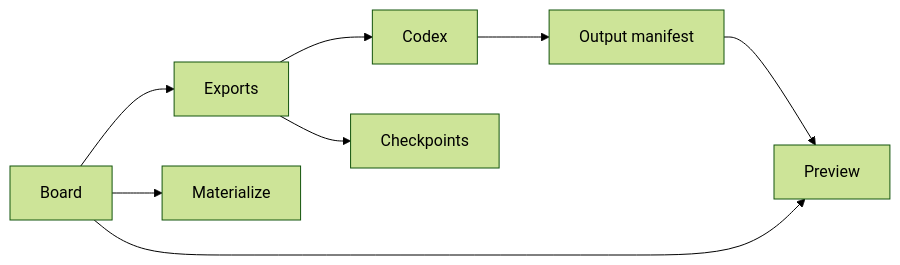
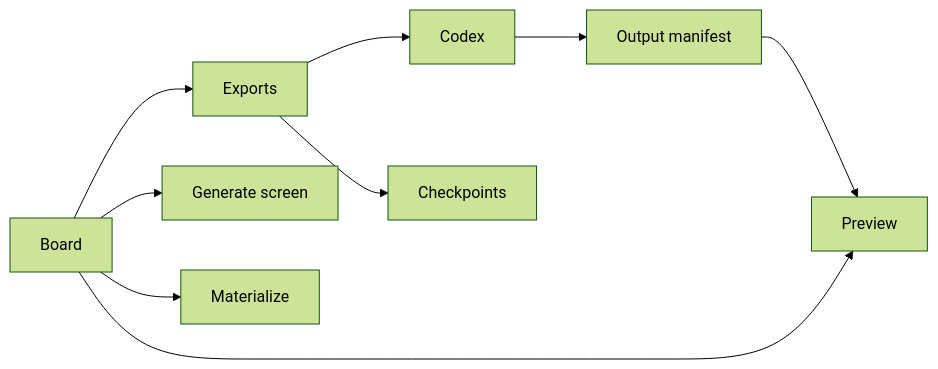
The first of 7 diagrams in docs/FEATURES.md (varshneydevansh/Canvax), drawn with Mermaid (forest theme) before and after one commit. The commit also changed other lines of this file and 24 other files, not shown here.

````diff
--- a/docs/FEATURES.md
+++ b/docs/FEATURES.md
@@ -16,10 +17,11 @@
 ```mermaid
 flowchart LR
     B[Board] --> E[Exports]
+    B --> G[Generate screen]
     B --> M[Materialize]
     E --> C[Codex]
     C --> O[Output manifest]
     O --> P[Preview]
     B --> P
     E --> K[Checkpoints]
 ```
````
